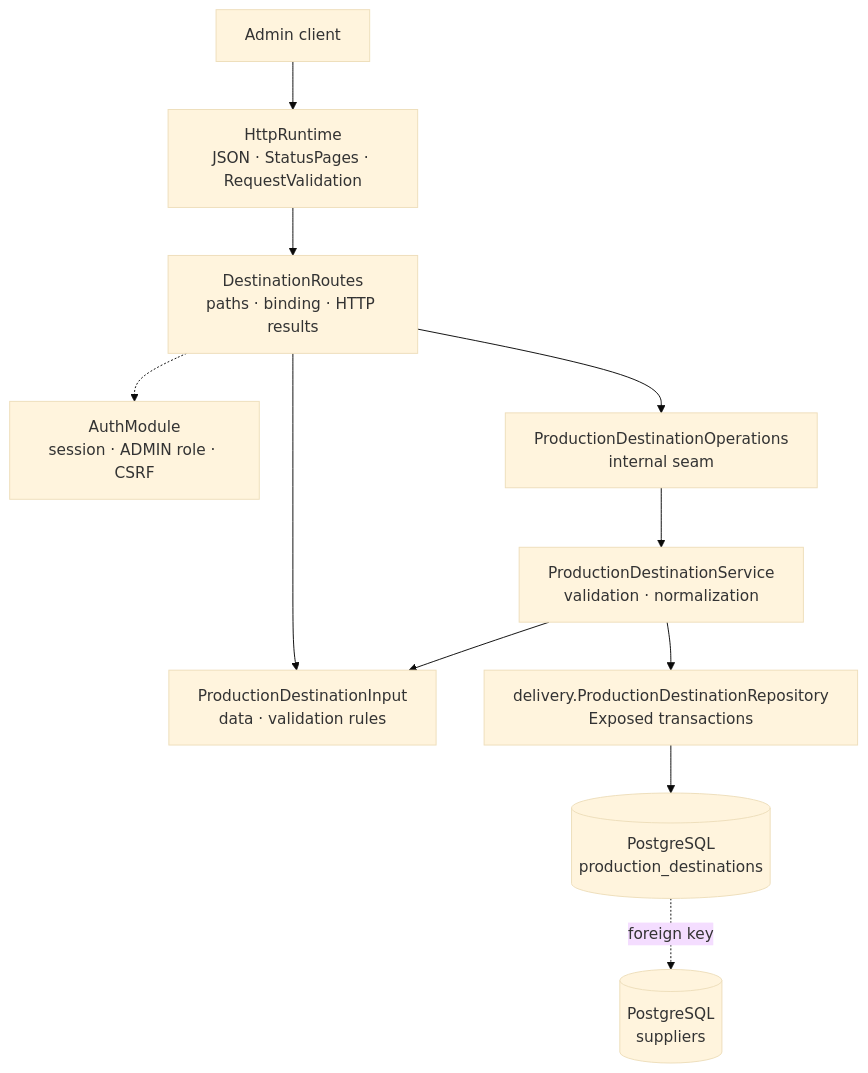
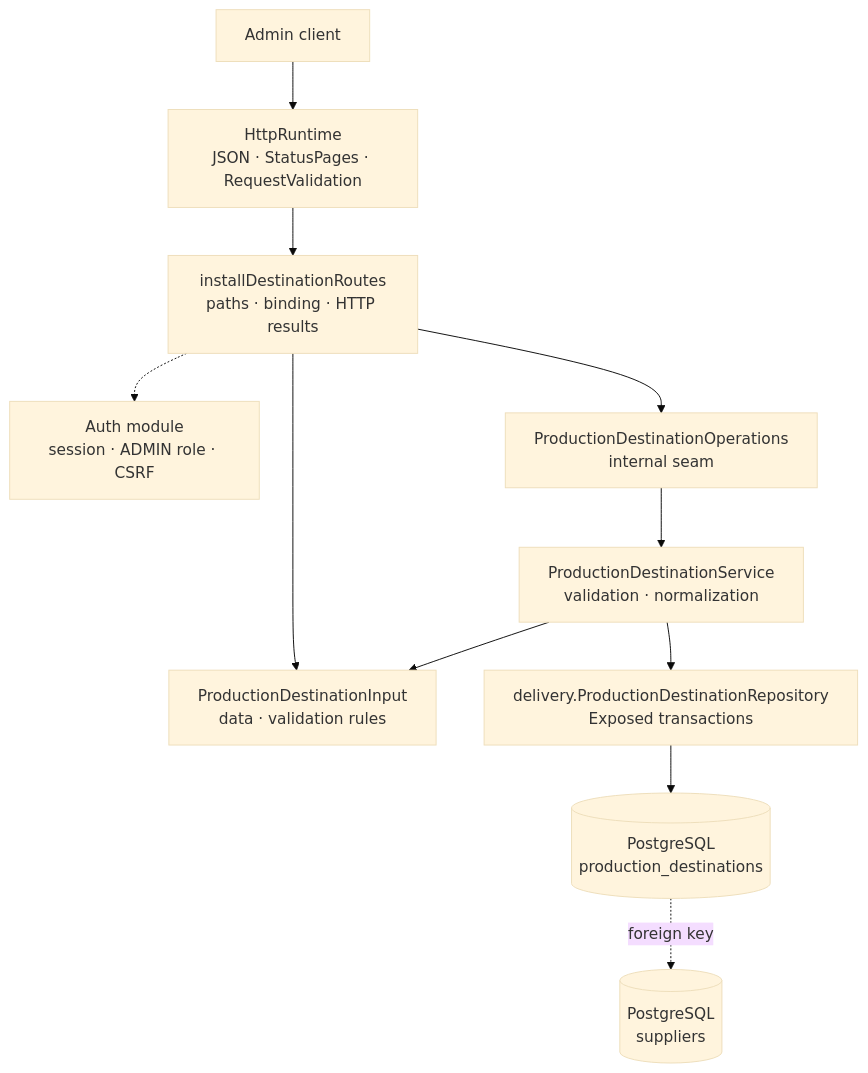
One commit to bitstorm-tech/voenix-shop-kotlin changed the second of 2 diagrams in docs/dev/backend/production-package.md. Above: the diagram before and after it, drawn with Mermaid (base theme). The commit also changed other lines of this file and 94 other files, not shown here.

````diff
--- a/docs/dev/backend/production-package.md
+++ b/docs/dev/backend/production-package.md
@@ -158,23 +158,23 @@
 ```mermaid
 flowchart TB
     Client["Admin client"]
     Http["HttpRuntime<br/>JSON · StatusPages · RequestValidation"]
-    Auth["AuthModule<br/>session · ADMIN role · CSRF"]
-    Routes["DestinationRoutes<br/>paths · binding · HTTP results"]
+    Auth["Auth module<br/>session · ADMIN role · CSRF"]
+    Routes["installDestinationRoutes<br/>paths · binding · HTTP results"]
     Input["ProductionDestinationInput<br/>data · validation rules"]
     Operations["ProductionDestinationOperations<br/>internal seam"]
     Service["ProductionDestinationService<br/>validation · normalization"]
     Repository["delivery.ProductionDestinationRepository<br/>Exposed transactions"]
     Destinations[("PostgreSQL<br/>production_destinations")]
     Suppliers[("PostgreSQL<br/>suppliers")]
 
     Client --> Http --> Routes
     Routes -.-> Auth
     Routes --> Input
     Routes --> Operations
     Operations --> Service
     Service --> Input
     Service --> Repository
     Repository --> Destinations
     Destinations -.->|"foreign key"| Suppliers
 ```
````
